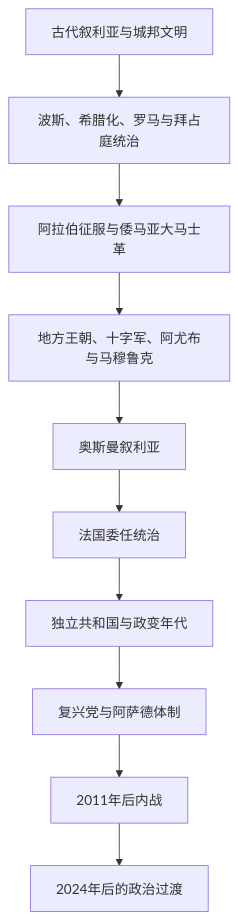
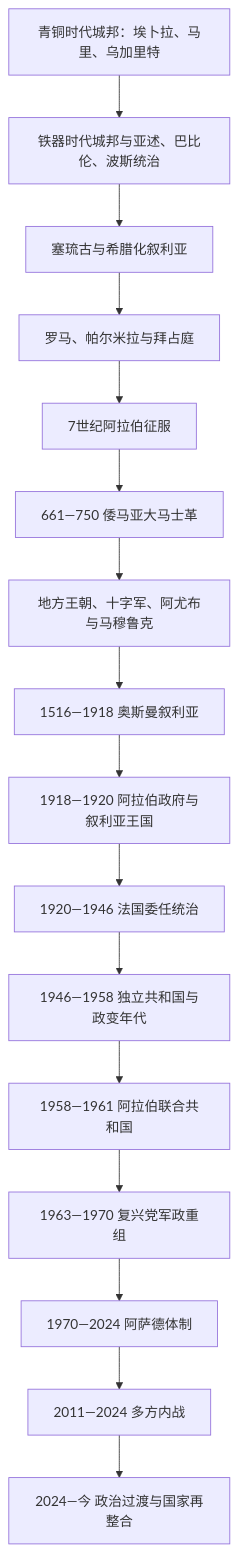
One commit to tianlan-dev/learning-notes changed the diagram in 人文科学/历史/西亚/黎凡特/叙利亚/README.md. Above: the diagram before and after it, drawn with Mermaid. The commit also changed other lines of this file and 1417 other files, not shown here.

````diff
--- a/人文科学/历史/西亚/黎凡特/叙利亚/README.md
+++ b/人文科学/历史/西亚/黎凡特/叙利亚/README.md
@@ -15,12 +17,18 @@
 ```mermaid
 flowchart TD
-    Ancient["古代叙利亚与城邦文明"] --> Imperial["波斯、希腊化、罗马与拜占庭统治"]
-    Imperial --> Islamic["阿拉伯征服与倭马亚大马士革"]
-    Islamic --> Medieval["地方王朝、十字军、阿尤布与马穆鲁克"]
-    Medieval --> Ottoman["奥斯曼叙利亚"]
-    Ottoman --> Mandate["法国委任统治"]
-    Mandate --> Independence["独立共和国与政变年代"]
-    Independence --> Baath["复兴党与阿萨德体制"]
-    Baath --> War["2011年后内战"]
-    War --> Transition["2024年后的政治过渡"]
+    Bronze["青铜时代城邦：埃卜拉、马里、乌加里特"] --> Iron["铁器时代城邦与亚述、巴比伦、波斯统治"]
+    Iron --> Hellenistic["塞琉古与希腊化叙利亚"]
+    Hellenistic --> Roman["罗马、帕尔米拉与拜占庭"]
+    Roman --> Conquest["7世纪阿拉伯征服"]
+    Conquest --> Umayyad["661—750 倭马亚大马士革"]
+    Umayyad --> Medieval["地方王朝、十字军、阿尤布与马穆鲁克"]
+    Medieval --> Ottoman["1516—1918 奥斯曼叙利亚"]
+    Ottoman --> ArabKingdom["1918—1920 阿拉伯政府与叙利亚王国"]
+    ArabKingdom --> Mandate["1920—1946 法国委任统治"]
+    Mandate --> Republic["1946—1958 独立共和国与政变年代"]
+    Republic --> UAR["1958—1961 阿拉伯联合共和国"]
+    UAR --> Baath["1963—1970 复兴党军政重组"]
+    Baath --> Assad["1970—2024 阿萨德体制"]
+    Assad --> War["2011—2024 多方内战"]
+    War --> Transition["2024—今 政治过渡与国家再整合"]
 ```
````
